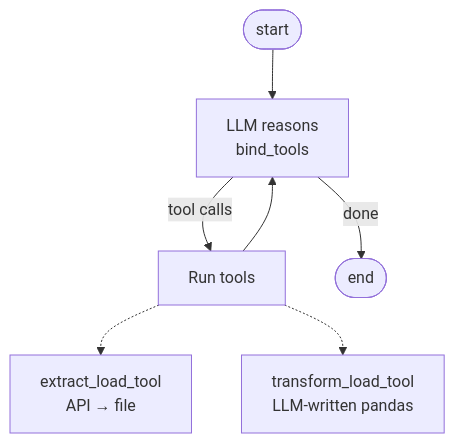
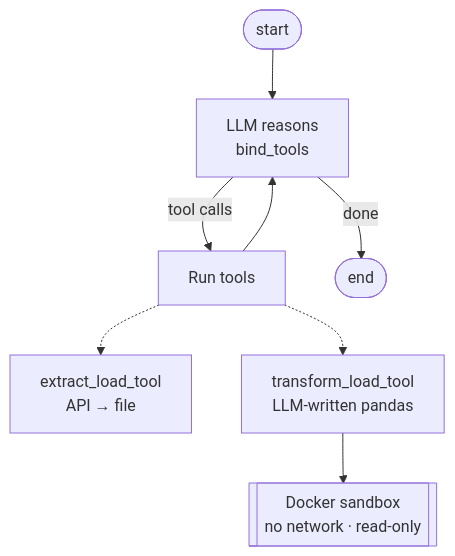
Before and after one commit to sharpsailor/data-ai-agent: the third of 4 diagrams in README.md, drawn with Mermaid. The commit also changed other lines of this file and 4 other files, not shown here.

First line of the commit message:
Run LLM-generated pandas code in a Docker sandbox

````diff
--- a/README.md
+++ b/README.md
@@ -77,9 +77,10 @@
 ```mermaid
 flowchart TD
     A([start]) --> L[LLM reasons<br/>bind_tools]
     L -- tool calls --> T[Run tools]
     T --> L
     L -- done --> Z([end])
     T -.-> X1[extract_load_tool<br/>API → file]
     T -.-> X2[transform_load_tool<br/>LLM-written pandas]
+    X2 --> SB[[Docker sandbox<br/>no network · read-only]]
 ```
````
